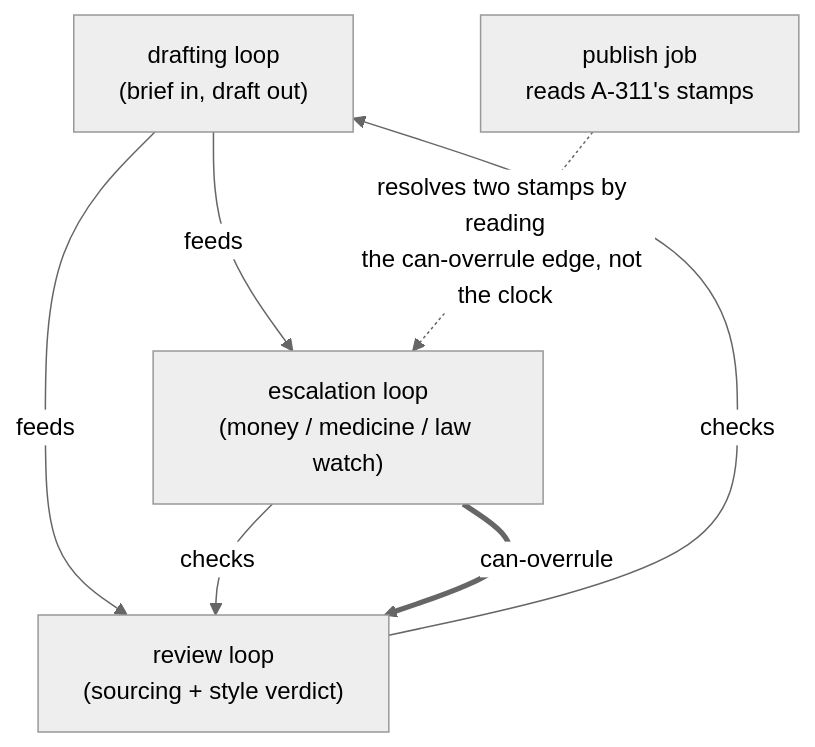
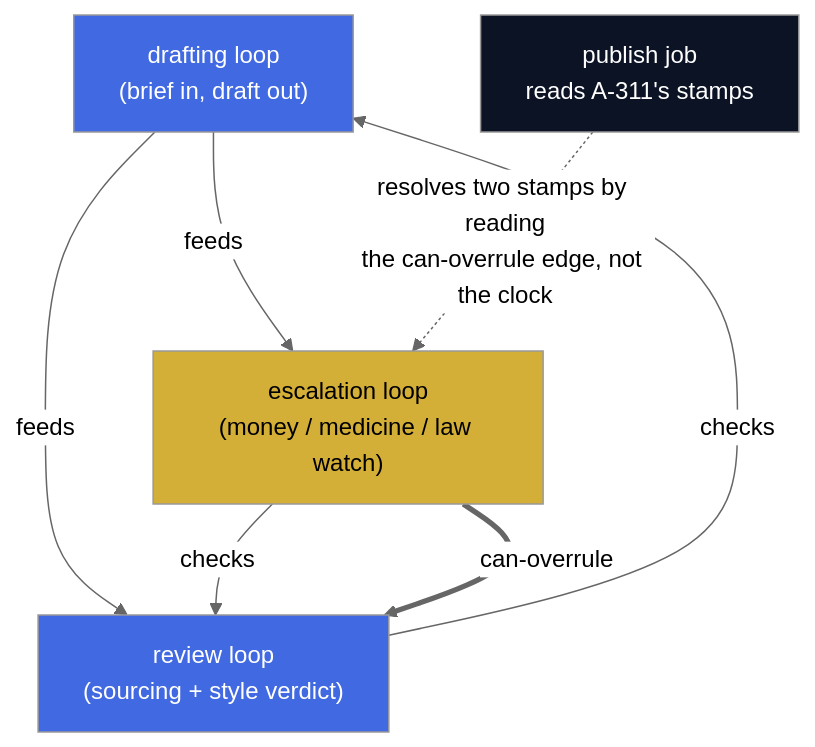
The diagram in docs/07-part-5-the-graph-of-loops/step-11-wiring-loops-together.md (ayeshakhalid192007-dev/graph-engineering-crash-course), drawn with Mermaid (neutral theme) before and after one commit. The commit also changed 17 other files, not shown here.

First line of the commit message:
Add Mermaid diagrams to core documentation files

````diff
--- a/docs/07-part-5-the-graph-of-loops/step-11-wiring-loops-together.md
+++ b/docs/07-part-5-the-graph-of-loops/step-11-wiring-loops-together.md
@@ -44,14 +44,19 @@
 ```mermaid
-flowchart TD
+flowchart TB
     D["drafting loop<br/>(brief in, draft out)"]
     R["review loop<br/>(sourcing + style verdict)"]
     E["escalation loop<br/>(money / medicine / law watch)"]
     P["publish job<br/>reads A-311's stamps"]
 
     D -- "feeds" --> R
     D -- "feeds" --> E
     R -- "checks" --> D
     E -- "checks" --> R
     E == "can-overrule" ==> R
     P -. "resolves two stamps by reading<br/>the can-overrule edge, not the clock" .-> E
+
+    style D fill:#4169E1,color:#FFFFFF
+    style R fill:#4169E1,color:#FFFFFF
+    style E fill:#D4AF37,color:#000000
+    style P fill:#0B1325,color:#FFFFFF
 ```
````
